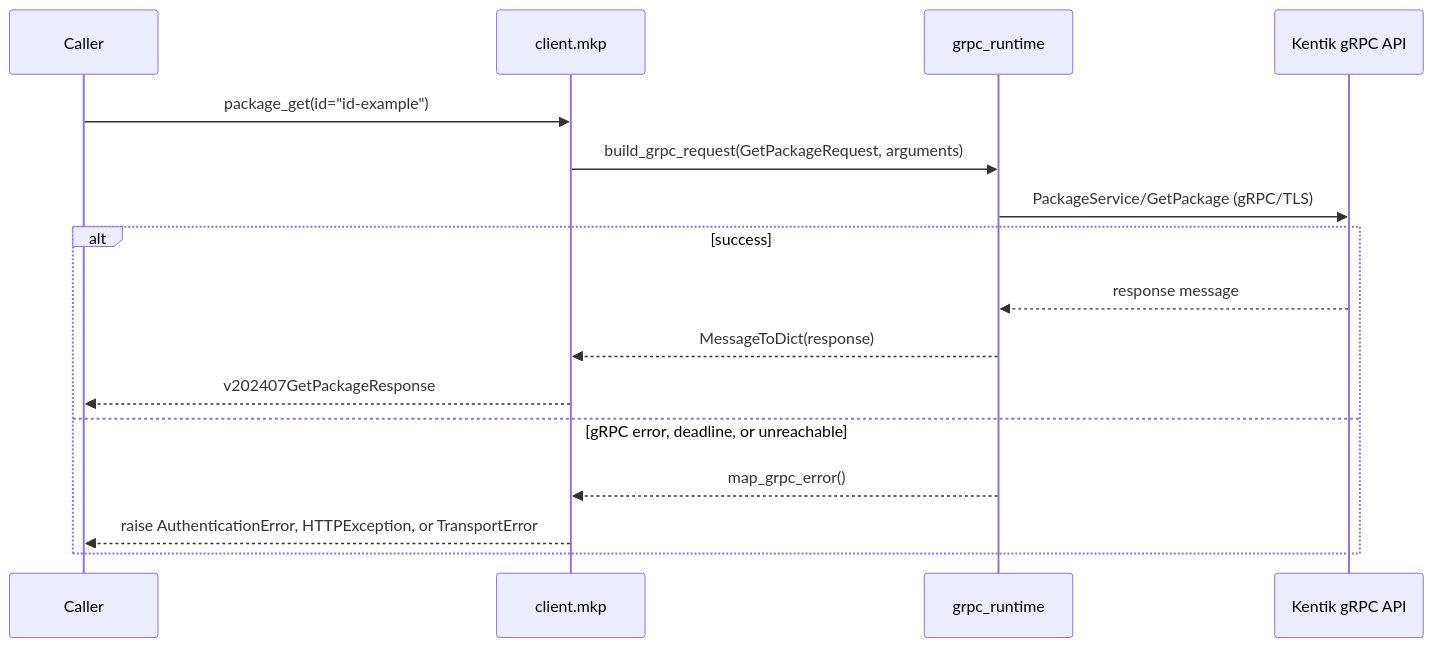
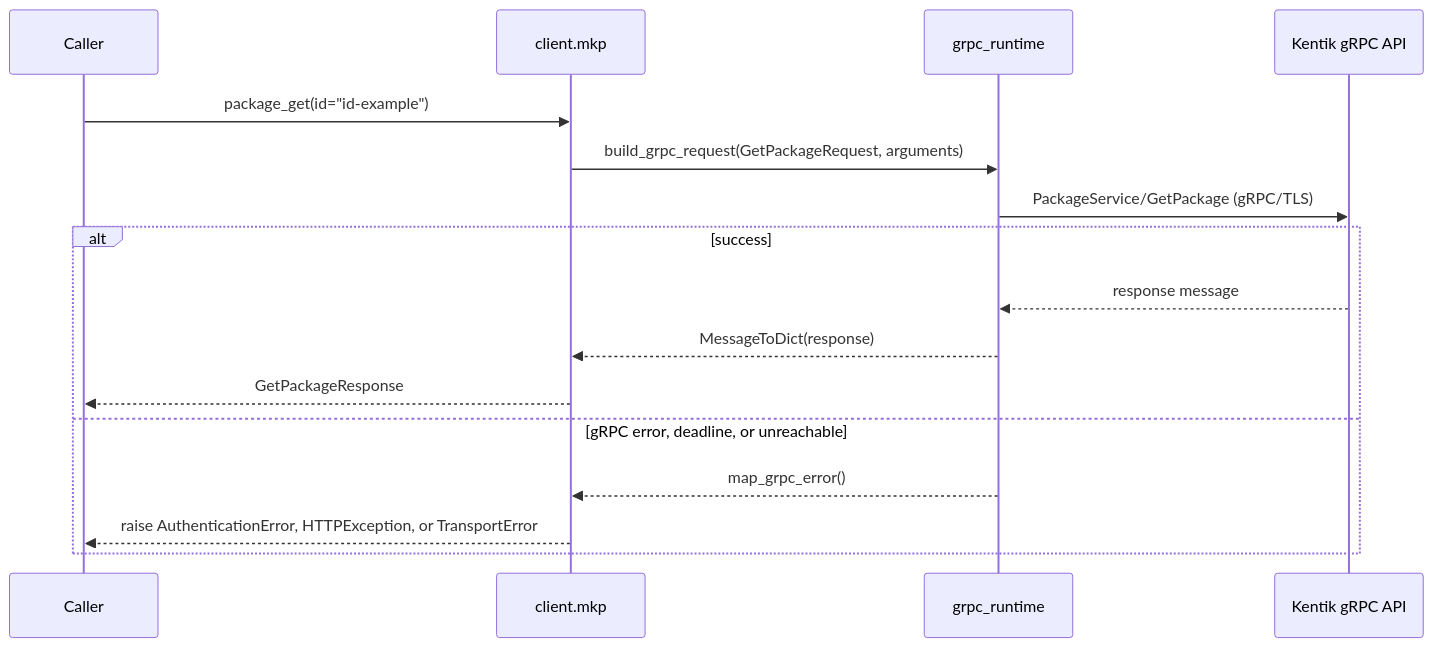
Before and after one commit to alexdearaujo/community_sdk_python: the seventh of 30 diagrams in docs/sphinx/services/mkp.md, drawn with Mermaid. The commit also changed other lines of this file and 38 other files, not shown here.

````diff
--- a/docs/sphinx/services/mkp.md
+++ b/docs/sphinx/services/mkp.md
@@ -205,19 +205,19 @@
 ```mermaid
 sequenceDiagram
     participant C as Caller
     participant W as client.mkp
     participant R as grpc_runtime
     participant API as Kentik gRPC API
 
     C->>W: package_get(id="id-example")
     W->>R: build_grpc_request(GetPackageRequest, arguments)
     R->>API: PackageService/GetPackage (gRPC/TLS)
     alt success
         API-->>R: response message
         R-->>W: MessageToDict(response)
-        W-->>C: v202407GetPackageResponse
+        W-->>C: GetPackageResponse
     else gRPC error, deadline, or unreachable
         R-->>W: map_grpc_error()
         W-->>C: raise AuthenticationError, HTTPException, or TransportError
     end
 ```
````
